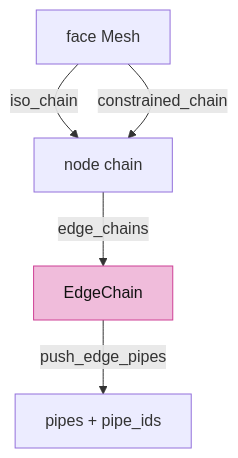
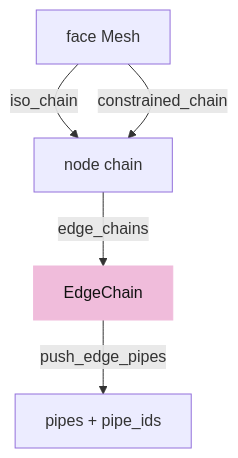
One commit to petrasvestartas/session changed the seventh of 10 diagrams in session_viewer/docs/07-boundaries.md. Above: the diagram before and after it, drawn with Mermaid. The commit also changed other lines of this file and 324 other files, not shown here.

````diff
--- a/session_viewer/docs/07-boundaries.md
+++ b/session_viewer/docs/07-boundaries.md
@@ -137,8 +153,8 @@
 ```mermaid
 flowchart TB
     F["face Mesh"] -- "iso_chain" --> C["node chain"]
     F -- "constrained_chain" --> C
     C -- "edge_chains" --> E["EdgeChain"]
     E -- "push_edge_pipes" --> P["pipes + pipe_ids"]
-    style E fill:#f0bcdb,stroke:#ce4095,color:#111
+    style E fill:#f0bcdb,stroke:#f0bcdb,color:#111
 ```
````
